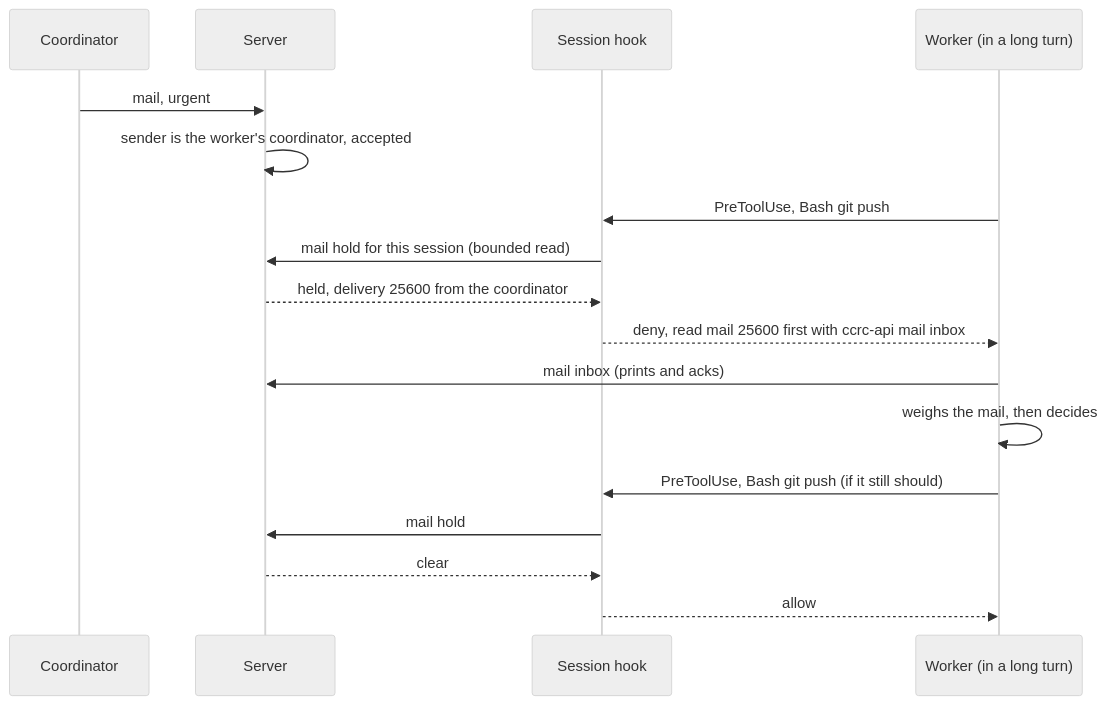
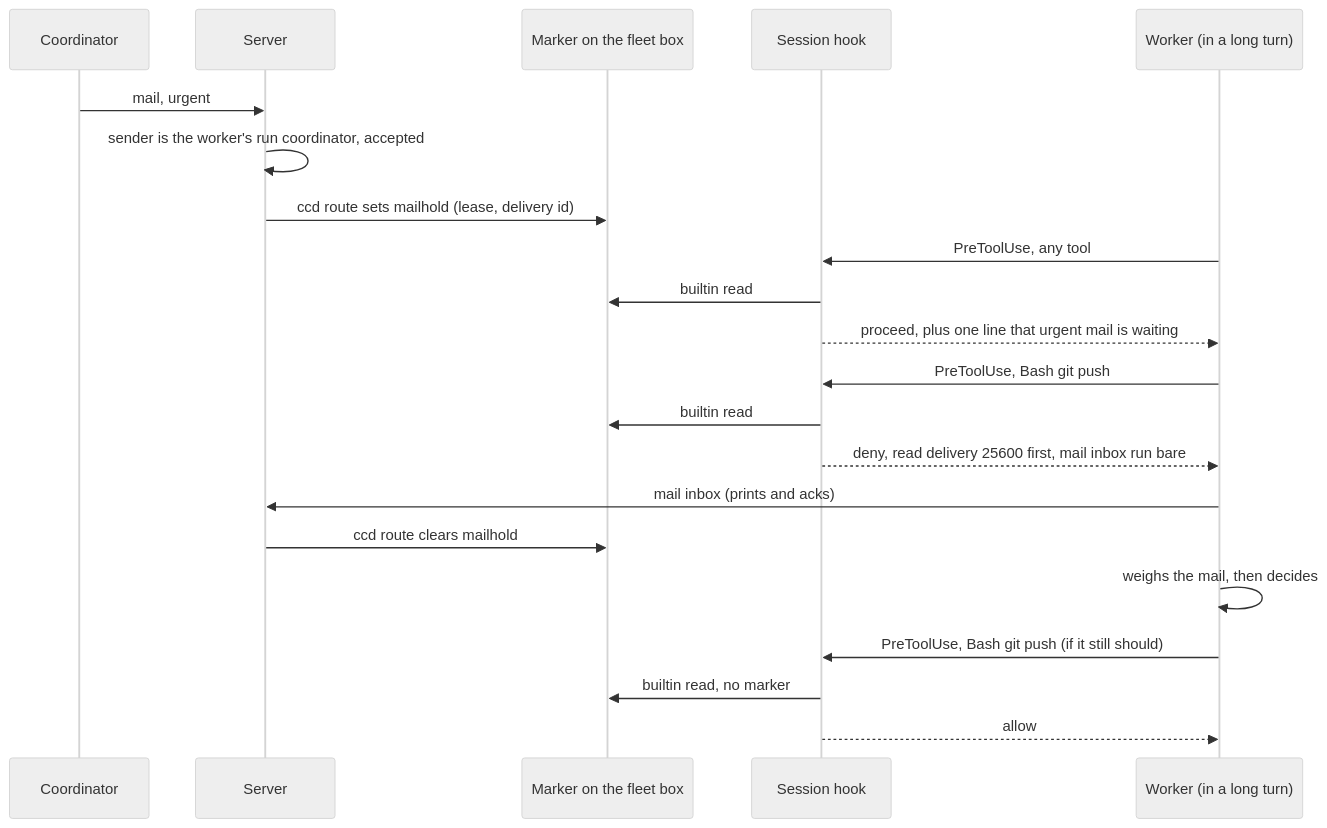
Before and after one commit to Synapsium-Labs/ccrc-pwa: the second of 2 diagrams in docs/superpowers/specs/2026-11-19-mid-turn-mail-design.md, drawn with Mermaid (neutral theme). The commit also changed other lines of this file and 1 other file, not shown here.

First line of the commit message:
docs(overlord): mid-turn mail design, fix round 1 - a marker and a hook line, no typing (wave 165)

````diff
--- a/docs/superpowers/specs/2026-11-19-mid-turn-mail-design.md
+++ b/docs/superpowers/specs/2026-11-19-mid-turn-mail-design.md
@@ -132,19 +143,23 @@
 ```mermaid
 sequenceDiagram
   participant C as Coordinator
   participant S as Server
+  participant M as Marker on the fleet box
   participant H as Session hook
   participant W as Worker (in a long turn)
   C->>S: mail, urgent
-  S->>S: sender is the worker's coordinator, accepted
+  S->>S: sender is the worker's run coordinator, accepted
+  S->>M: ccd route sets mailhold (lease, delivery id)
+  W->>H: PreToolUse, any tool
+  H->>M: builtin read
+  H-->>W: proceed, plus one line that urgent mail is waiting
   W->>H: PreToolUse, Bash git push
-  H->>S: mail hold for this session (bounded read)
-  S-->>H: held, delivery 25600 from the coordinator
-  H-->>W: deny, read mail 25600 first with ccrc-api mail inbox
+  H->>M: builtin read
+  H-->>W: deny, read delivery 25600 first, mail inbox run bare
   W->>S: mail inbox (prints and acks)
+  S->>M: ccd route clears mailhold
   W->>W: weighs the mail, then decides
   W->>H: PreToolUse, Bash git push (if it still should)
-  H->>S: mail hold
-  S-->>H: clear
+  H->>M: builtin read, no marker
   H-->>W: allow
 ```
````
